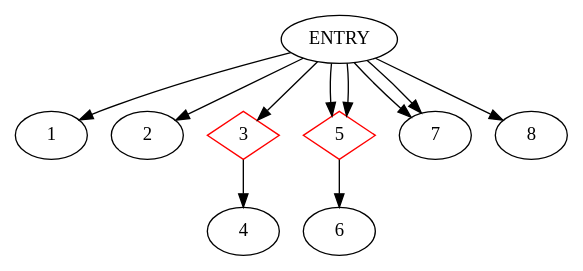
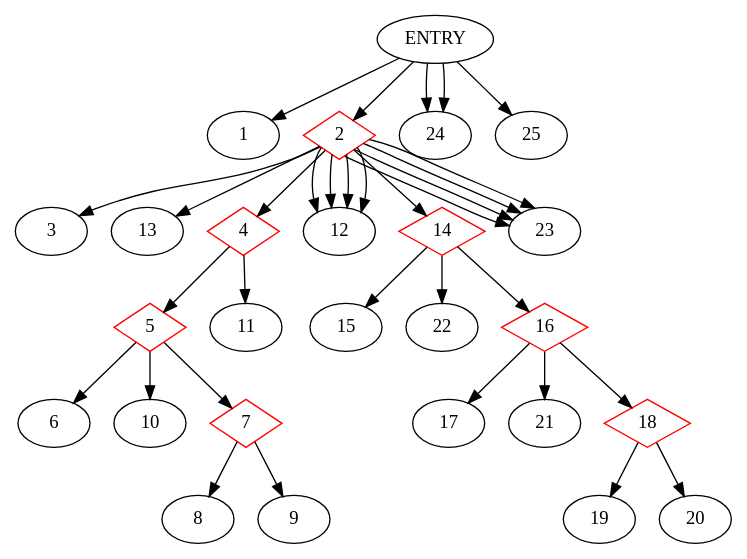
One commit to akshitij/TestgenRepo changed the diagram in Testgen/Testgen_Sonam/Testgen/CDG.dot. Above: the diagram before and after it, drawn with Graphviz. The commit also changed 64 other files, not shown here.

```diff
--- a/Testgen/Testgen_Sonam/Testgen/CDG.dot
+++ b/Testgen/Testgen_Sonam/Testgen/CDG.dot
@@ -1,15 +1,41 @@
 digraph CDG {
 ENTRY -> 1
+2 [shape=diamond, color=red]
 ENTRY -> 2
-3 [shape=diamond, color=red]
-ENTRY -> 3
-3-> 4
+2-> 3
+2-> 13
+4 [shape=diamond, color=red]
+2-> 4
 5 [shape=diamond, color=red]
-ENTRY -> 5
-5 [shape=diamond, color=red]
-ENTRY -> 5
+4-> 5
+4-> 11
 5-> 6
-ENTRY -> 7
-ENTRY -> 7
-ENTRY -> 8
+5-> 10
+7 [shape=diamond, color=red]
+5-> 7
+7-> 8
+7-> 9
+2-> 12
+2-> 12
+2-> 12
+2-> 12
+ENTRY -> 24
+14 [shape=diamond, color=red]
+2-> 14
+14-> 15
+14-> 22
+16 [shape=diamond, color=red]
+14-> 16
+16-> 17
+16-> 21
+18 [shape=diamond, color=red]
+16-> 18
+18-> 19
+18-> 20
+2-> 23
+2-> 23
+2-> 23
+2-> 23
+ENTRY -> 24
+ENTRY -> 25
 }
```
